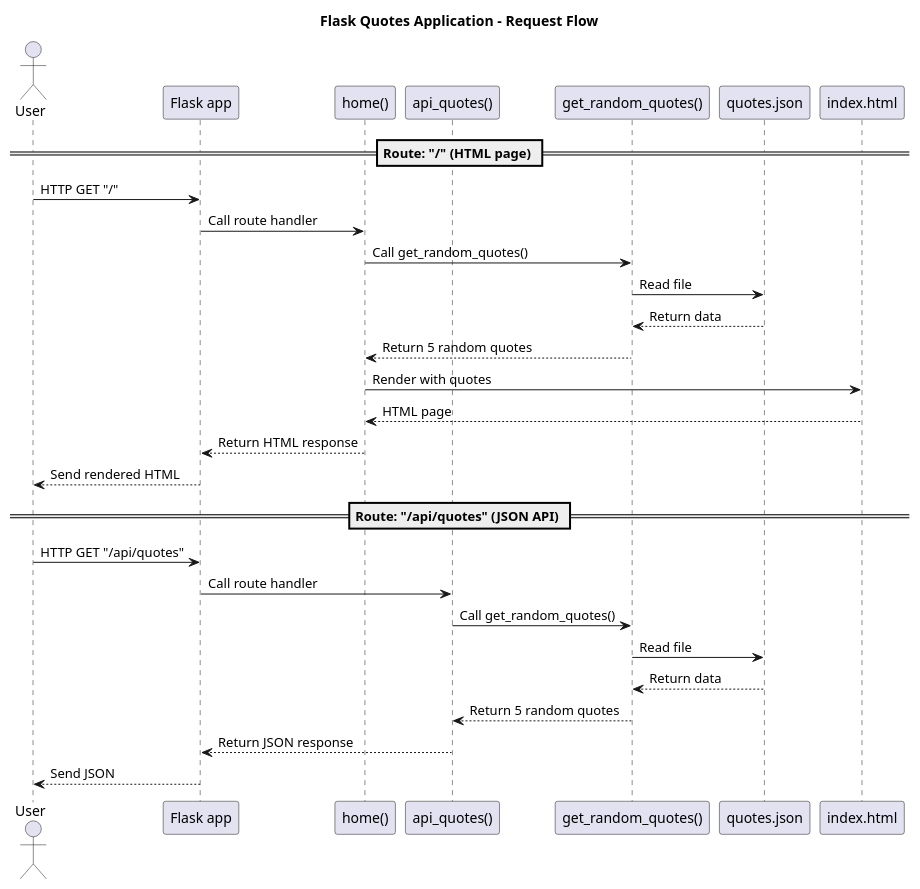
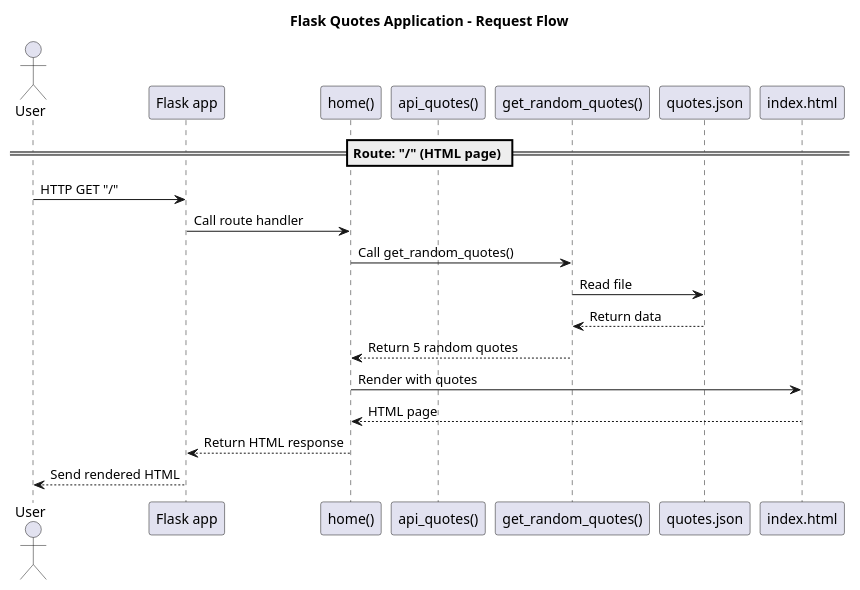
The diagram in app_UML.puml (RobotCosmonaut/quotations-python), drawn with PlantUML before and after one commit.

Commit message:
Update UML Request Flow

```diff
--- a/app_UML.puml
+++ b/app_UML.puml
@@ -1,34 +1,24 @@
 @startuml
 title Flask Quotes Application - Request Flow
 
 actor User
 
 participant "Flask app" as App
 participant "home()" as Home
 participant "api_quotes()" as Api
 participant "get_random_quotes()" as GetQuotes
 participant "quotes.json" as QuotesFile
 participant "index.html" as Template
 
 == Route: "/" (HTML page) ==
 User -> App : HTTP GET "/"
 App -> Home : Call route handler
 Home -> GetQuotes : Call get_random_quotes()
 GetQuotes -> QuotesFile : Read file
 QuotesFile --> GetQuotes : Return data
 GetQuotes --> Home : Return 5 random quotes
 Home -> Template : Render with quotes
 Template --> Home : HTML page
 Home --> App : Return HTML response
 App --> User : Send rendered HTML
-
-== Route: "/api/quotes" (JSON API) ==
-User -> App : HTTP GET "/api/quotes"
-App -> Api : Call route handler
-Api -> GetQuotes : Call get_random_quotes()
-GetQuotes -> QuotesFile : Read file
-QuotesFile --> GetQuotes : Return data
-GetQuotes --> Api : Return 5 random quotes
-Api --> App : Return JSON response
-App --> User : Send JSON
 @enduml
```
